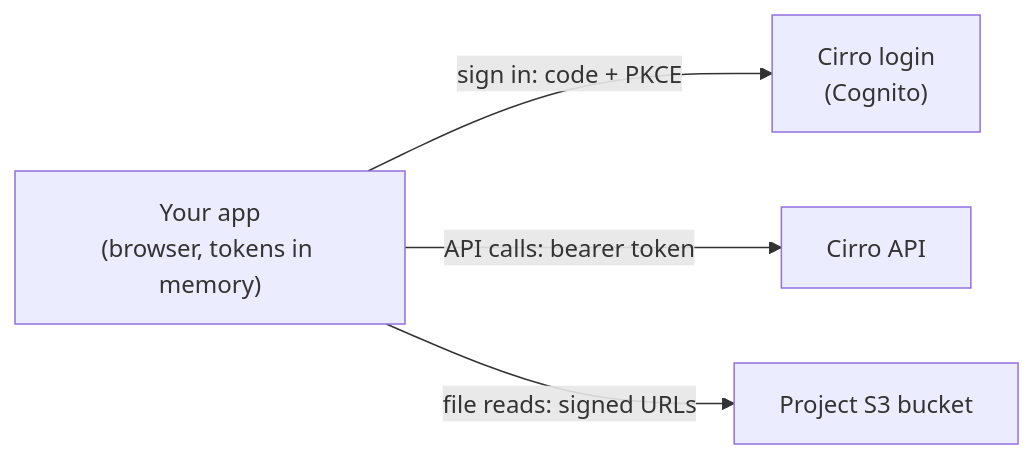
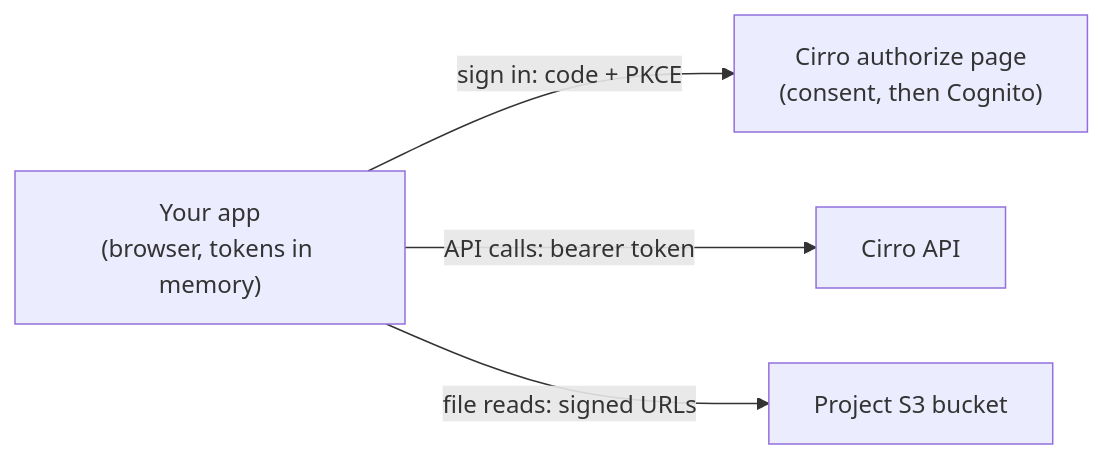
Before and after one commit to CirroBio/Cirro-app-kit: the diagram in docs/architecture.md, drawn with Mermaid. The commit also changed other lines of this file and 40 other files, not shown here.

First line of the commit message:
Sign in through Cirro's authorize page and update the client to 0.13.38

````diff
--- a/docs/architecture.md
+++ b/docs/architecture.md
@@ -9,10 +9,10 @@
 ```mermaid
 flowchart LR
   app["Your app<br/>(browser, tokens in memory)"]
-  login["Cirro login<br/>(Cognito)"]
+  authorize["Cirro authorize page<br/>(consent, then Cognito)"]
   api["Cirro API"]
   s3["Project S3 bucket"]
-  app -- "sign in: code + PKCE" --> login
+  app -- "sign in: code + PKCE" --> authorize
   app -- "API calls: bearer token" --> api
   app -- "file reads: signed URLs" --> s3
 ```
````
